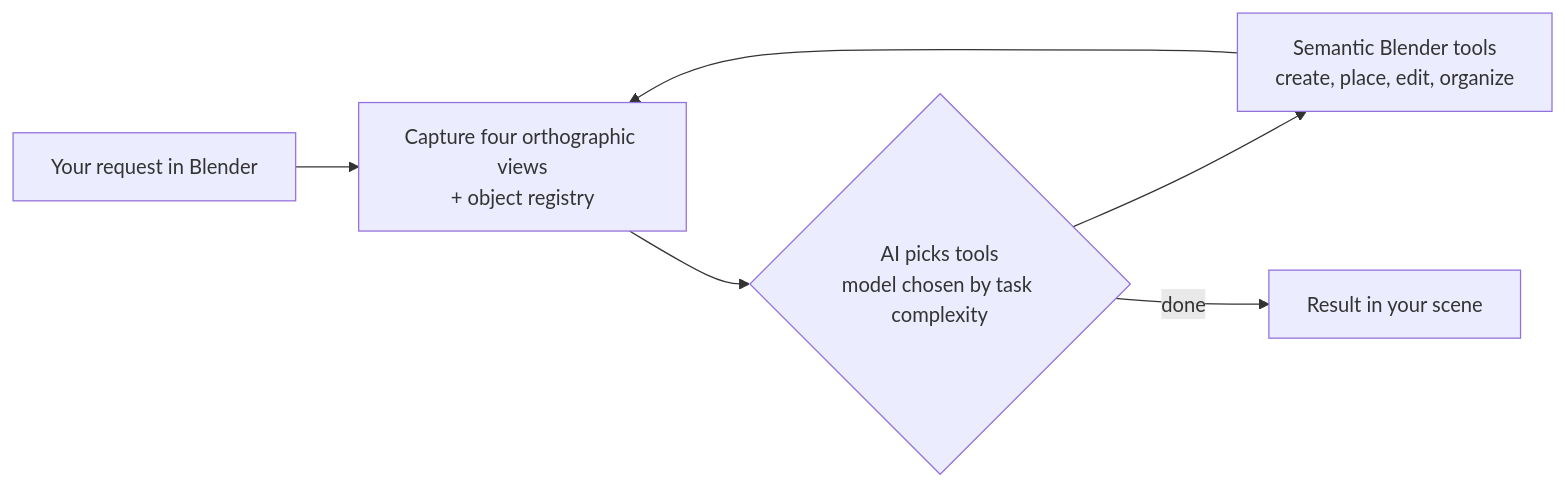
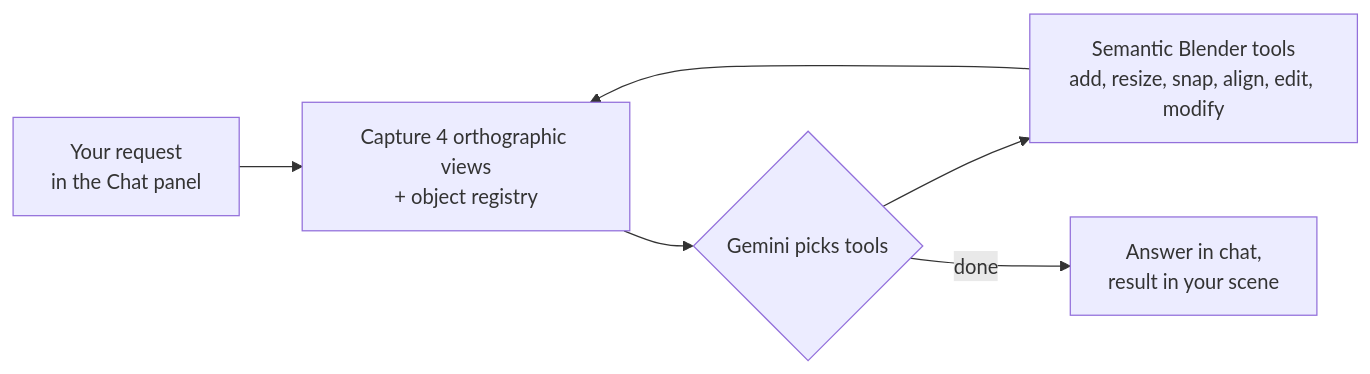
The diagram in README.md (tayyab3245/sequence-3d-showcase), drawn with Mermaid before and after one commit. The commit also changed other lines of this file and 1 other file, not shown here.

Commit message:
Update README with verified architecture and demo link

````diff
--- a/README.md
+++ b/README.md
@@ -19,8 +21,8 @@
 ```mermaid
 flowchart LR
-    U[Your request in Blender] --> C[Capture four orthographic views<br/>+ object registry]
-    C --> AI{AI picks tools<br/>model chosen by task complexity}
-    AI --> T[Semantic Blender tools<br/>create, place, edit, organize]
+    U[Your request<br/>in the Chat panel] --> C[Capture 4 orthographic views<br/>+ object registry]
+    C --> AI{Gemini picks tools}
+    AI --> T[Semantic Blender tools<br/>add, resize, snap, align, edit, modify]
     T --> C
-    AI -- done --> D[Result in your scene]
+    AI -- done --> D[Answer in chat,<br/>result in your scene]
 ```
````
